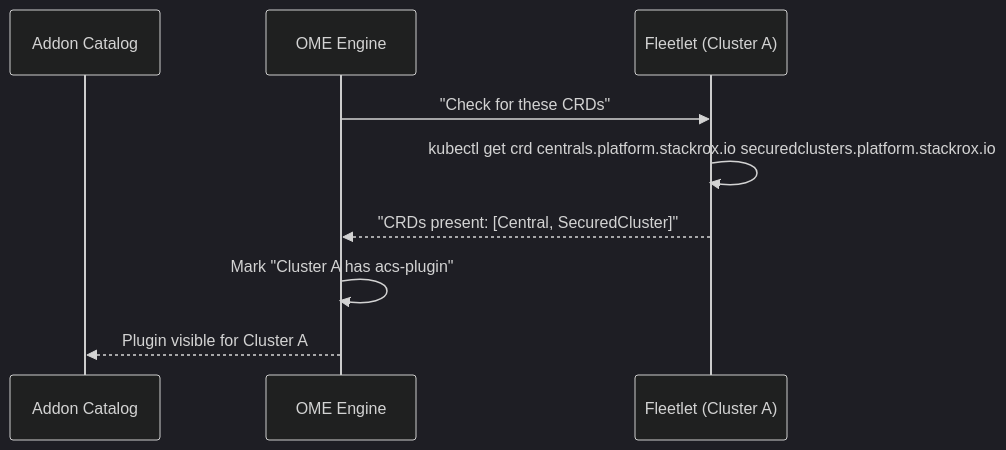
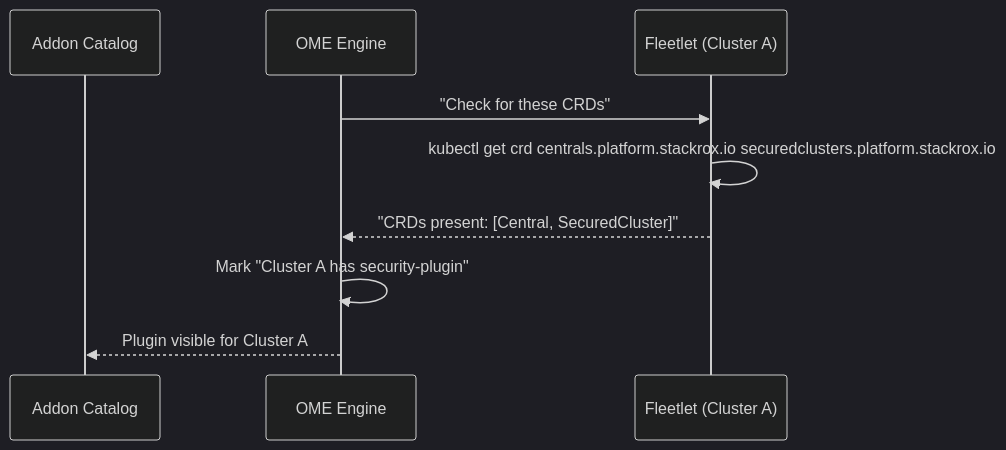
One commit to fleetshift/fleetshift-poc changed the tenth of 11 diagrams in docs/design/addon-ui-architecture.md. Above: the diagram before and after it, drawn with Mermaid (dark theme). The commit also changed other lines of this file and 8 other files, not shown here.

````diff
--- a/docs/design/addon-ui-architecture.md
+++ b/docs/design/addon-ui-architecture.md
@@ -746,12 +745,12 @@
 ```mermaid
 sequenceDiagram
     participant Catalog as Addon Catalog
     participant OME as OME Engine
     participant Fleetlet as Fleetlet (Cluster A)
 
     OME->>Fleetlet: "Check for these CRDs"
     Fleetlet->>Fleetlet: kubectl get crd centrals.platform.stackrox.io securedclusters.platform.stackrox.io
     Fleetlet-->>OME: "CRDs present: [Central, SecuredCluster]"
-    OME->>OME: Mark "Cluster A has acs-plugin"
+    OME->>OME: Mark "Cluster A has security-plugin"
     OME-->>Catalog: Plugin visible for Cluster A
 ```
````
